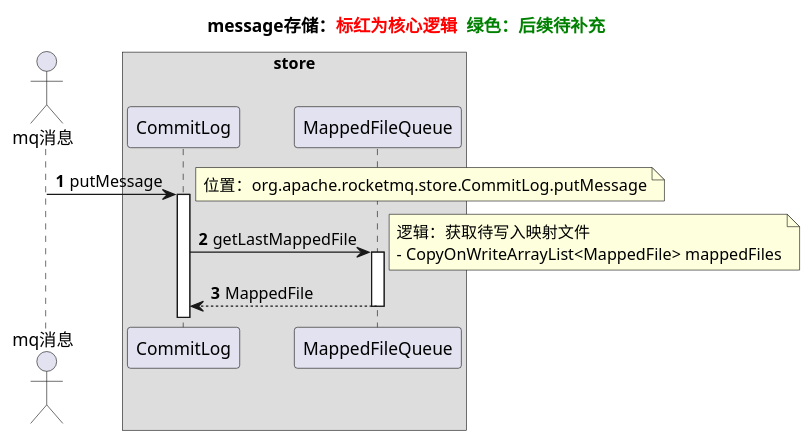
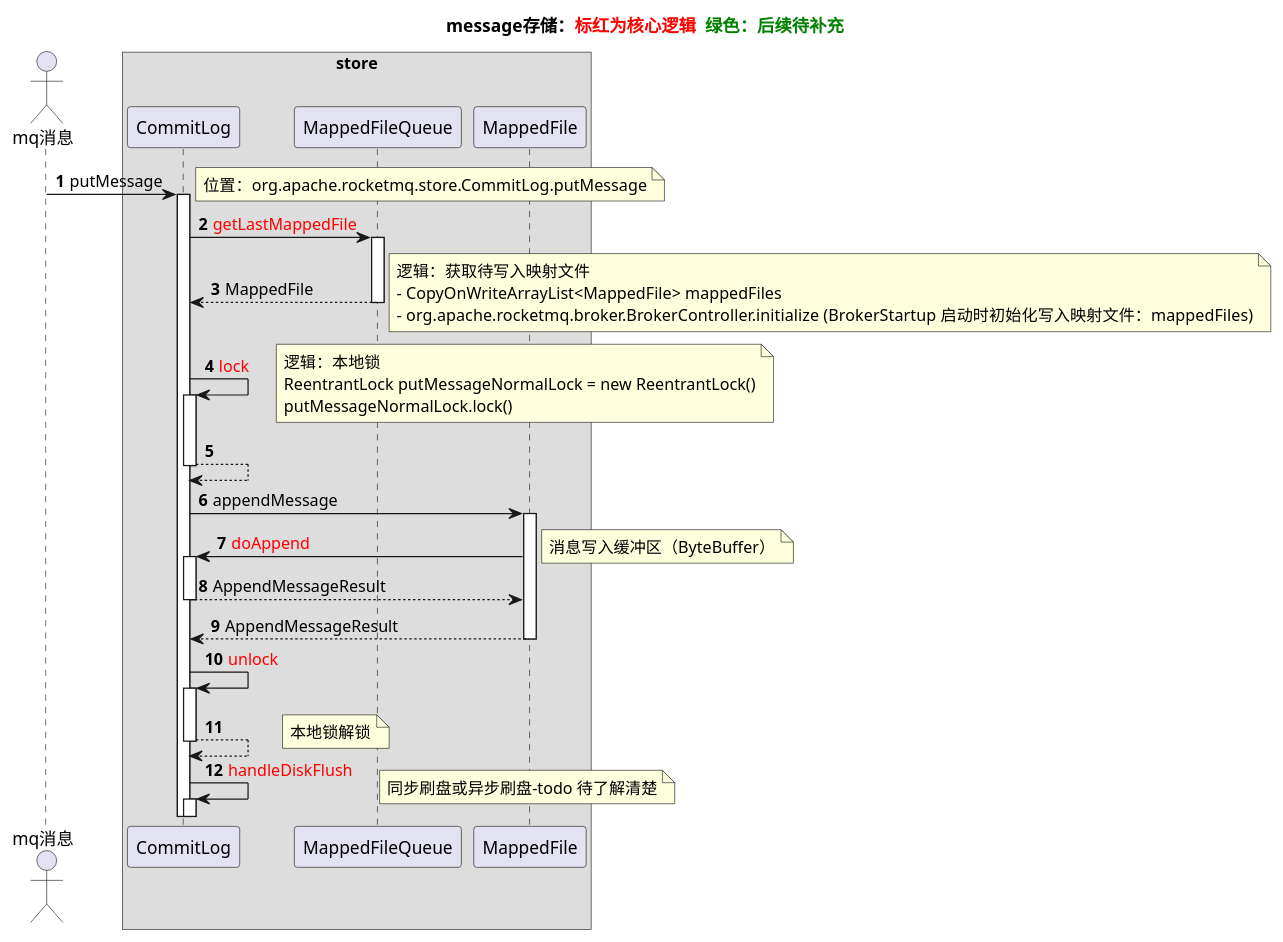
Before and after one commit to feifeihappy/rocketmq: the diagram in 源码分析/message存储.puml, drawn with PlantUML. The commit also changed 2 other files, not shown here.

```diff
--- a/源码分析/message存储.puml
+++ b/源码分析/message存储.puml
@@ -1,34 +1,62 @@
 @startuml
 'https://plantuml.com/sequence-diagram
 
 title message存储：<color red>标红为核心逻辑 <color green> 绿色：后续待补充
 '自动对消息编号
 autonumber
 '自动激活关键字
 autoactivate on
 '设置间距
 'skinparam ParticipantPadding 5
 skinparam BoxPadding 20
 
 actor mq消息
 
 box store
 participant CommitLog
 participant MappedFileQueue
+participant MappedFile
 end box
 
 mq消息 -> CommitLog: putMessage
 note  right
 位置：org.apache.rocketmq.store.CommitLog.putMessage
 end note
 
-CommitLog -> MappedFileQueue: getLastMappedFile
+CommitLog -> MappedFileQueue: <color red>getLastMappedFile
+return MappedFile
+
 note  right
 逻辑：获取待写入映射文件
 - CopyOnWriteArrayList<MappedFile> mappedFiles
+- org.apache.rocketmq.broker.BrokerController.initialize (BrokerStartup 启动时初始化写入映射文件：mappedFiles)
 end note
-return MappedFile
 
+CommitLog -> CommitLog: <color red>lock
 
+note  right
+逻辑：本地锁
+ReentrantLock putMessageNormalLock = new ReentrantLock()
+putMessageNormalLock.lock()
+end note
+return
 
+CommitLog -> MappedFile: appendMessage
+MappedFile -> CommitLog: <color red>doAppend
+
+note  right
+消息写入缓冲区（ByteBuffer）
+end note
+return AppendMessageResult
+return AppendMessageResult
+CommitLog -> CommitLog: <color red>unlock
+return
+note  right
+本地锁解锁
+end note
+CommitLog -> CommitLog: <color red>handleDiskFlush
+
+note  right
+同步刷盘或异步刷盘-todo 待了解清楚
+end note
 @enduml
```
